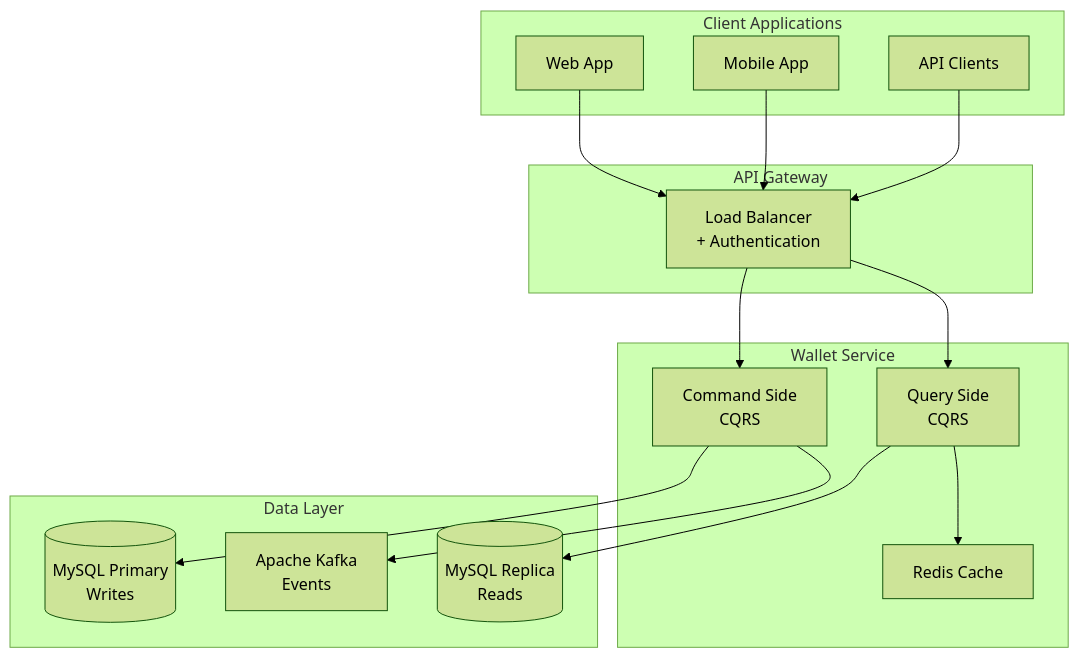
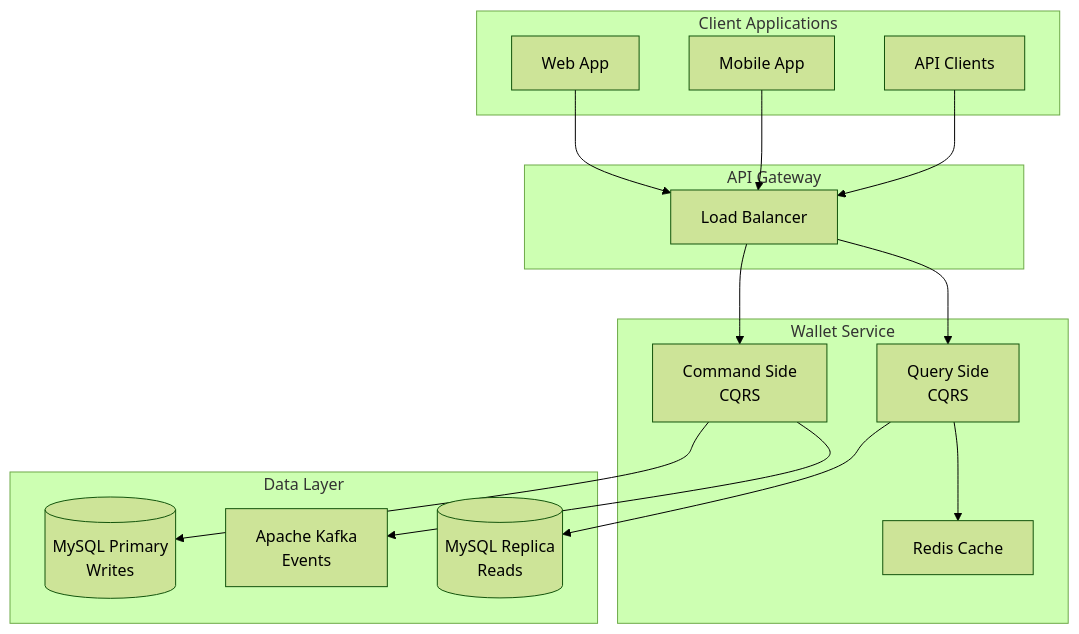
Before and after one commit to thiago2santos/wallet-service: the diagram in README.md, drawn with Mermaid (forest theme). The commit also changed other lines of this file and 25 other files, not shown here.

````diff
--- a/README.md
+++ b/README.md
@@ -56,36 +40,36 @@
 ```mermaid
 graph TB
     subgraph "Client Applications"
         WEB[Web App]
         MOBILE[Mobile App] 
         API[API Clients]
     end
 
     subgraph "API Gateway"
-        GATEWAY[Load Balancer<br/>+ Authentication]
+        GATEWAY[Load Balancer]
     end
 
     subgraph "Wallet Service"
         CMD[Command Side<br/>CQRS]
         QUERY[Query Side<br/>CQRS]
         CACHE[Redis Cache]
     end
 
     subgraph "Data Layer"
         MYSQL_W[(MySQL Primary<br/>Writes)]
         MYSQL_R[(MySQL Replica<br/>Reads)]
         KAFKA[Apache Kafka<br/>Events]
     end
 
     WEB --> GATEWAY
     MOBILE --> GATEWAY
     API --> GATEWAY
     
     GATEWAY --> CMD
     GATEWAY --> QUERY
     
     CMD --> MYSQL_W
     QUERY --> MYSQL_R
     CMD --> KAFKA
     QUERY --> CACHE
 ```
````
